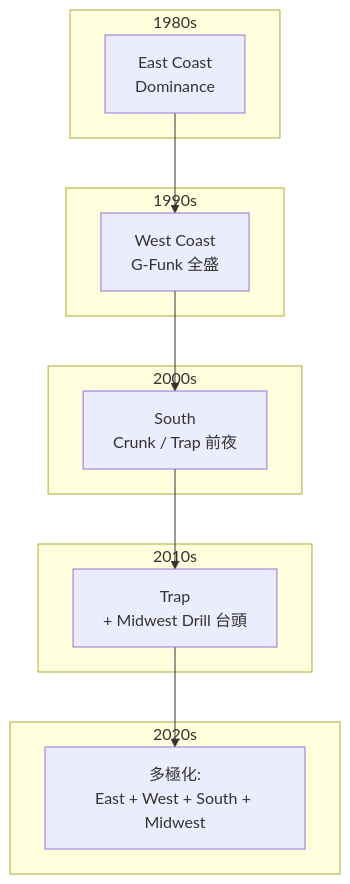
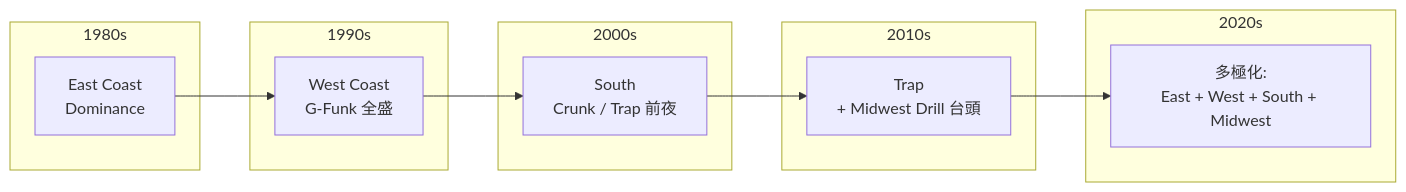
The second of 2 diagrams in _posts/2025-09-15-Column-Hiphop-History.md (monumental-movement/monumental-movement.github.io), drawn with Mermaid before and after one commit. The commit also changed other lines of this file and 1 other file, not shown here.

```diff
--- a/_posts/2025-09-15-Column-Hiphop-History.md
+++ b/_posts/2025-09-15-Column-Hiphop-History.md
@@ -271,23 +271,23 @@
 <div class="mermaid">
 
-flowchart TB
+flowchart LR
     subgraph 1980s
         E[East Coast<br/>Dominance]
     end
     subgraph 1990s
         W[West Coast<br/>G-Funk 全盛]
     end
     subgraph 2000s
         S[South<br/>Crunk / Trap 前夜]
     end
     subgraph 2010s
         M[Trap<br/>+ Midwest Drill 台頭]
     end
     subgraph 2020s
         P[多極化:<br/>East + West + South + Midwest]
     end
 
     E --> W --> S --> M --> P
 
 
 </div>
```
